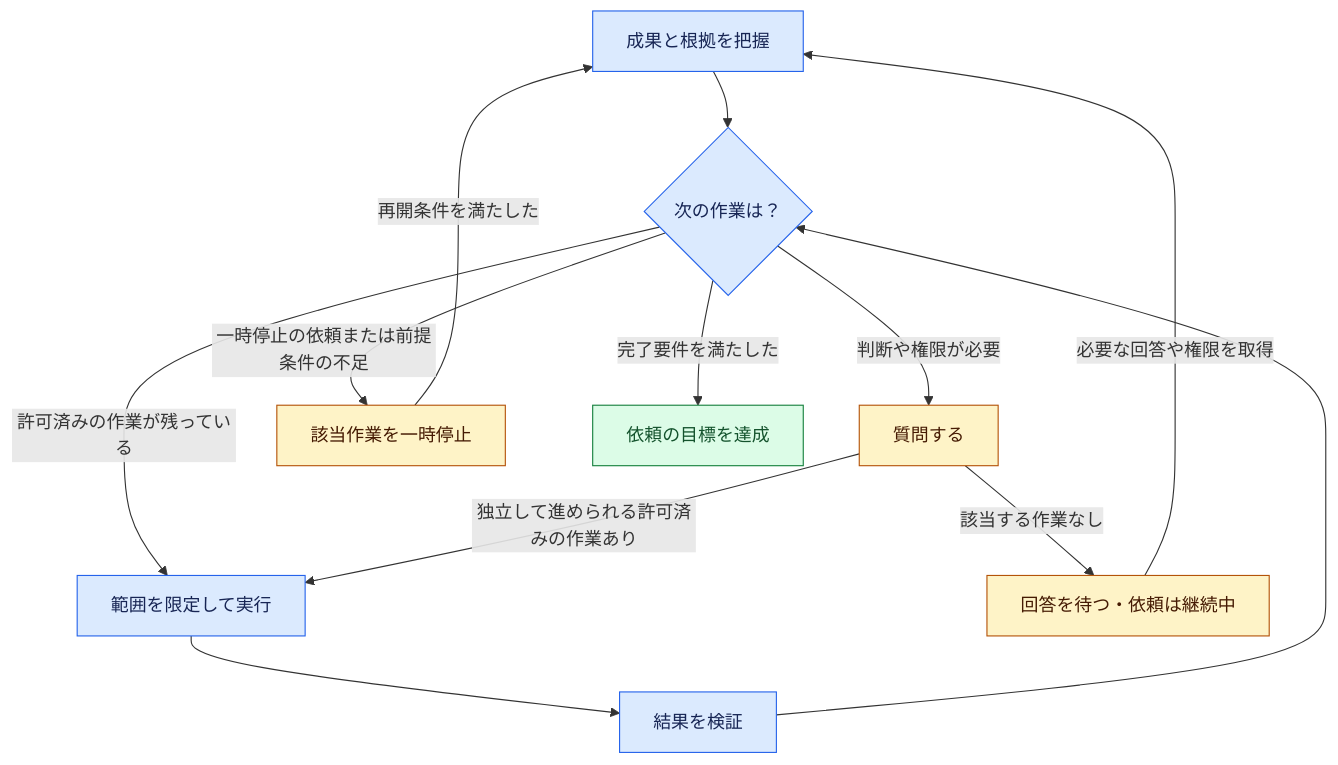
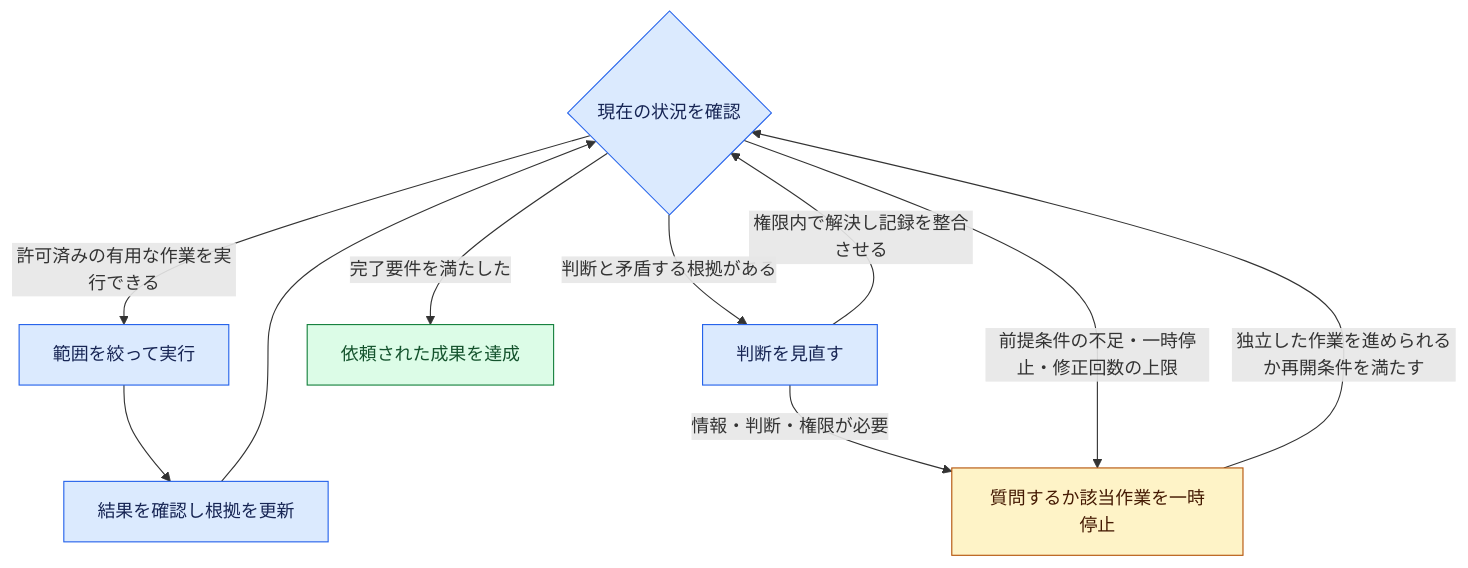
One commit to Lusona/ai-skills changed the diagram in README.ja.md. Above: the diagram before and after it, drawn with Mermaid. The commit also changed other lines of this file and 6 other files, not shown here.

````diff
--- a/README.ja.md
+++ b/README.ja.md
@@ -180,21 +174,20 @@
 ```mermaid
 flowchart TD
-    Understand[成果と根拠を把握] --> Assess{次の作業は？}
-    Assess -->|許可済みの作業が残っている| Act[範囲を限定して実行]
-    Act --> Check[結果を検証]
+    Assess{現在の状況を確認}
+    Assess -->|許可済みの有用な作業を実行できる| Act[範囲を絞って実行]
+    Act --> Check[結果を確認し根拠を更新]
     Check --> Assess
-    Assess -->|判断や権限が必要| Ask[質問する]
-    Ask -->|独立して進められる許可済みの作業あり| Act
-    Ask -->|該当する作業なし| Wait[回答を待つ・依頼は継続中]
-    Wait -->|必要な回答や権限を取得| Understand
-    Assess -->|一時停止の依頼または前提条件の不足| Pause[該当作業を一時停止]
-    Pause -->|再開条件を満たした| Understand
-    Assess -->|完了要件を満たした| Done[依頼の目標を達成]
+    Assess -->|判断と矛盾する根拠がある| Revise[判断を見直す]
+    Revise -->|権限内で解決し記録を整合させる| Assess
+    Revise -->|情報・判断・権限が必要| Blocked[質問するか該当作業を一時停止]
+    Assess -->|前提条件の不足・一時停止・修正回数の上限| Blocked
+    Blocked -->|独立した作業を進められるか再開条件を満たす| Assess
+    Assess -->|完了要件を満たした| Done[依頼された成果を達成]
 
     classDef work fill:#dbeafe,stroke:#2563eb,color:#172554
     classDef input fill:#fef3c7,stroke:#b45309,color:#451a03
     classDef complete fill:#dcfce7,stroke:#15803d,color:#14532d
-    class Understand,Assess,Act,Check work
-    class Ask,Wait,Pause input
+    class Assess,Act,Check,Revise work
+    class Blocked input
     class Done complete
 ```
````
